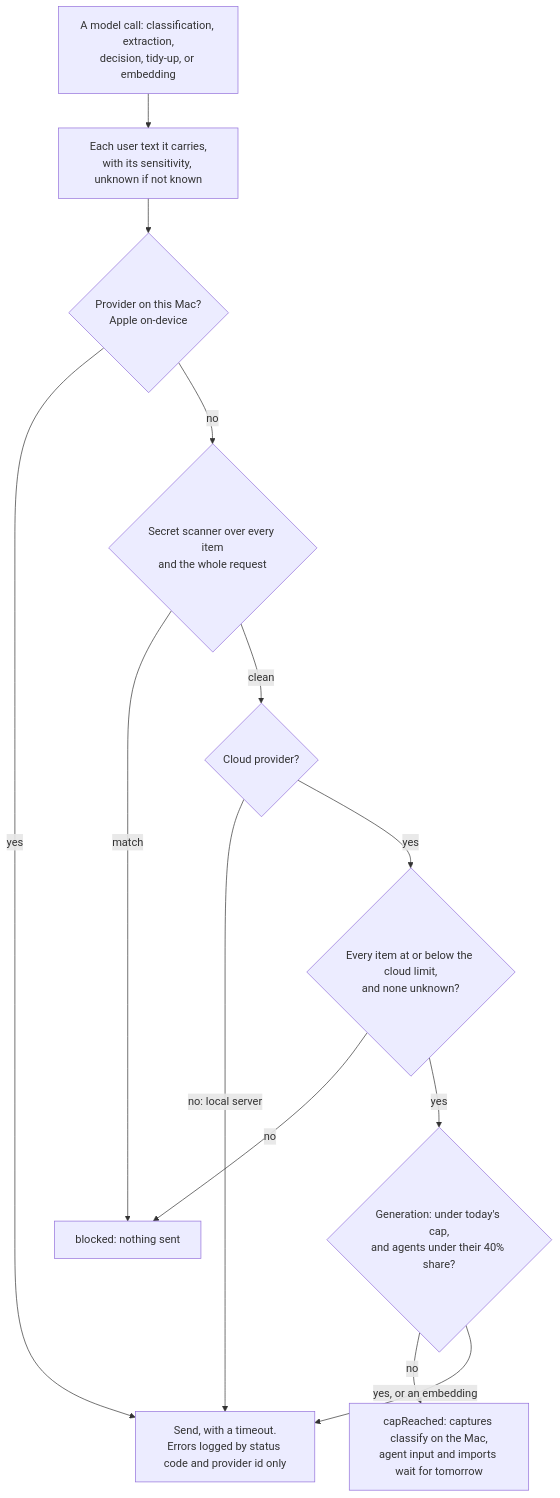
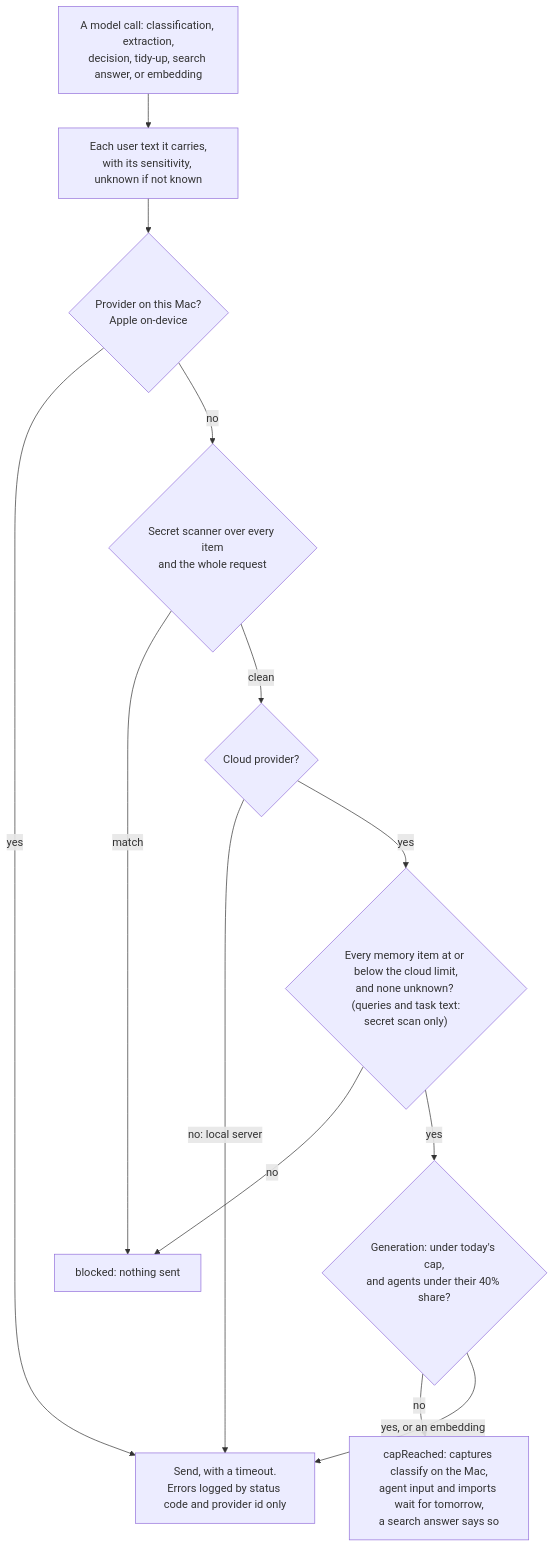
One commit to bereciartua/funes-vault-app changed diagram 13 of 17 in docs/ARCHITECTURE.md. Above: the diagram before and after it, drawn with Mermaid. The commit also changed other lines of this file and 15 other files, not shown here.

````diff
--- a/docs/ARCHITECTURE.md
+++ b/docs/ARCHITECTURE.md
@@ -502,15 +520,15 @@
 ```mermaid
 flowchart TD
-    REQ["A model call: classification, extraction,<br/>decision, tidy-up, or embedding"] --> ITEMS["Each user text it carries,<br/>with its sensitivity, unknown if not known"]
+    REQ["A model call: classification, extraction,<br/>decision, tidy-up, search answer, or embedding"] --> ITEMS["Each user text it carries,<br/>with its sensitivity, unknown if not known"]
     ITEMS --> LOC{"Provider on this Mac?<br/>Apple on-device"}
     LOC -->|yes| SEND
     LOC -->|no| SCAN{"Secret scanner over every item<br/>and the whole request"}
     SCAN -->|match| BLK["blocked: nothing sent"]
     SCAN -->|clean| CLOUD{"Cloud provider?"}
     CLOUD -->|"no: local server"| SEND
-    CLOUD -->|yes| LIM{"Every item at or below the cloud limit,<br/>and none unknown?"}
+    CLOUD -->|yes| LIM{"Every memory item at or below the cloud limit,<br/>and none unknown? (queries and task text:<br/>secret scan only)"}
     LIM -->|no| BLK
     LIM -->|yes| CAP{"Generation: under today's cap,<br/>and agents under their 40% share?"}
-    CAP -->|no| CAPR["capReached: captures classify on the Mac,<br/>agent input and imports wait for tomorrow"]
+    CAP -->|no| CAPR["capReached: captures classify on the Mac,<br/>agent input and imports wait for tomorrow,<br/>a search answer says so"]
     CAP -->|"yes, or an embedding"| SEND["Send, with a timeout.<br/>Errors logged by status code and provider id only"]
 ```
````
